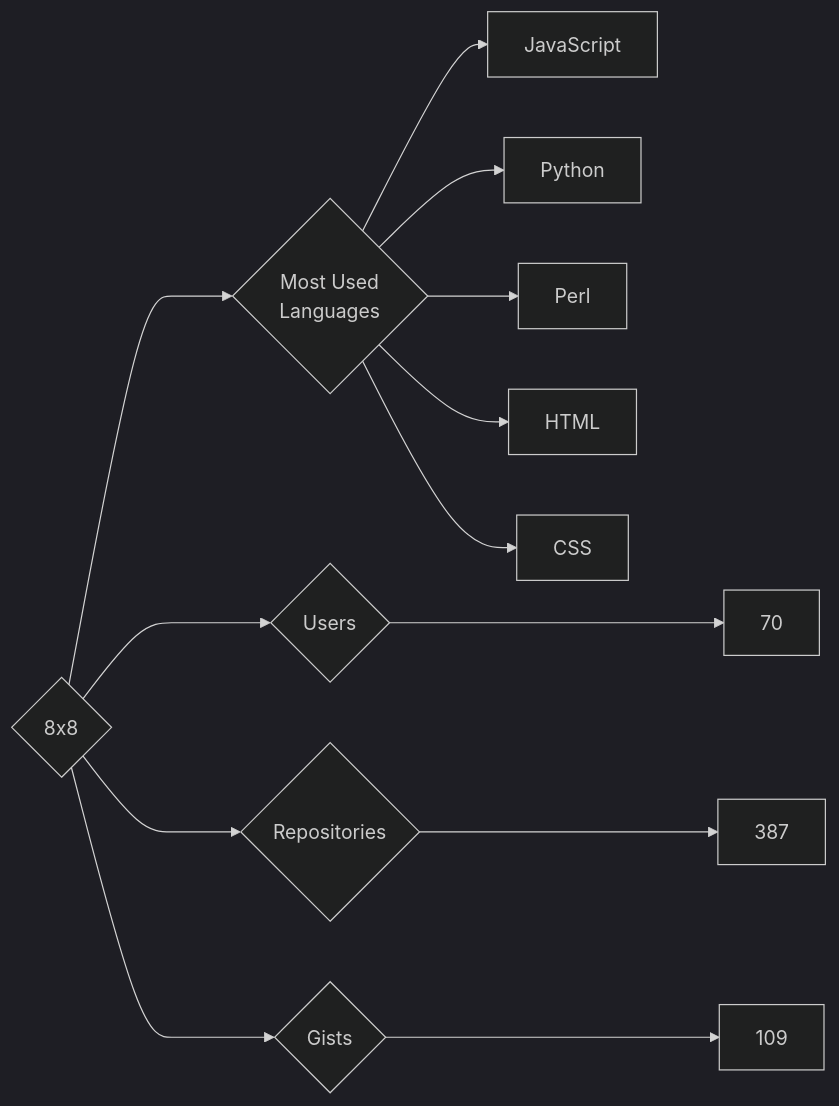
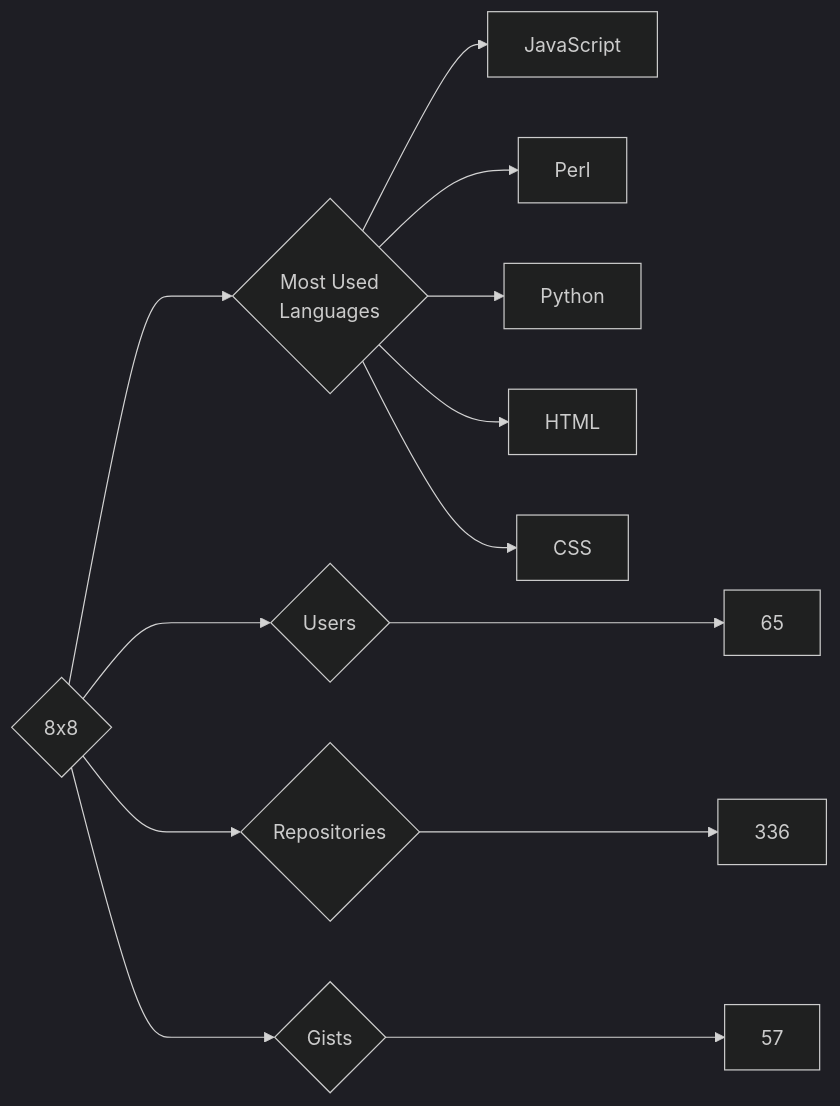
The diagram in targets/8x8/README.md (trickest/insiders), drawn with Mermaid (dark theme) before and after one commit. The commit also changed 912 other files, not shown here.

````diff
--- a/targets/8x8/README.md
+++ b/targets/8x8/README.md
@@ -3,13 +3,13 @@
 ```mermaid
 graph LR
 COMPANY_NAME{8x8}
-COMPANY_NAME ---> U{Users} ---> UN[70]
-COMPANY_NAME ---> R{Repositories} ---> RN[387]
-COMPANY_NAME ---> G{Gists} ---> GN[109]
+COMPANY_NAME ---> U{Users} ---> UN[65]
+COMPANY_NAME ---> R{Repositories} ---> RN[336]
+COMPANY_NAME ---> G{Gists} ---> GN[57]
 COMPANY_NAME ---> ML{Most Used<br>Languages}
 ML --> JavaScript[JavaScript]
+ML --> Perl[Perl]
 ML --> Python[Python]
-ML --> Perl[Perl]
 ML --> HTML[HTML]
 ML --> CSS[CSS]
 ```
````
